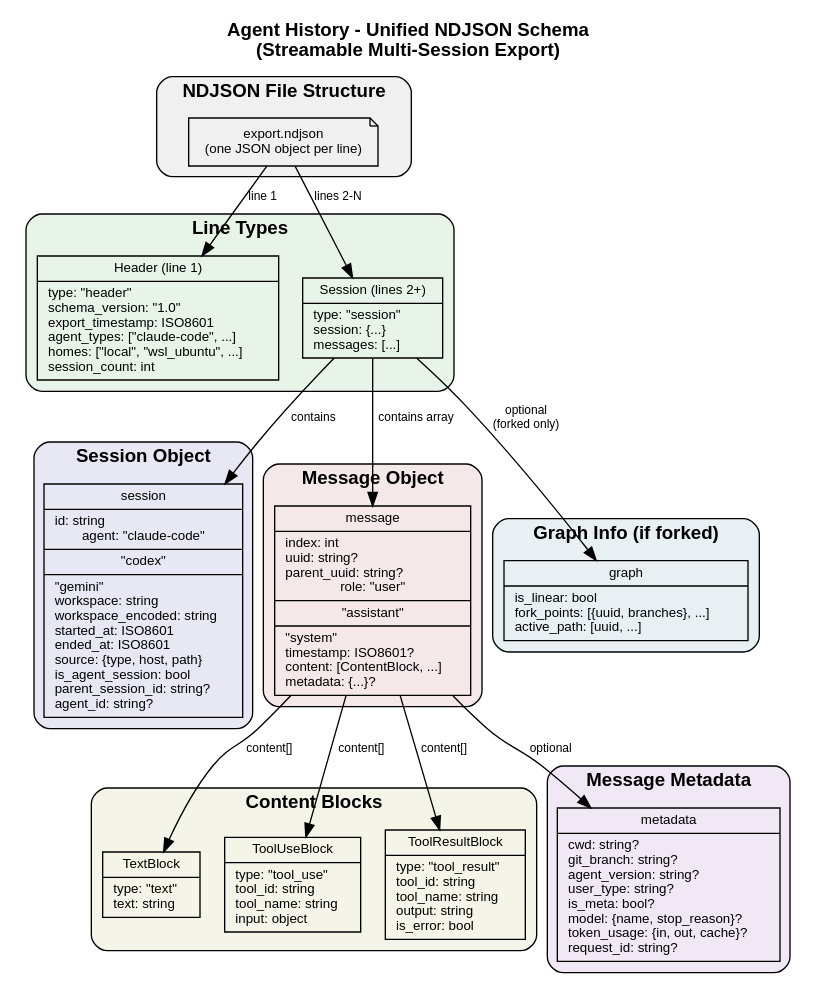
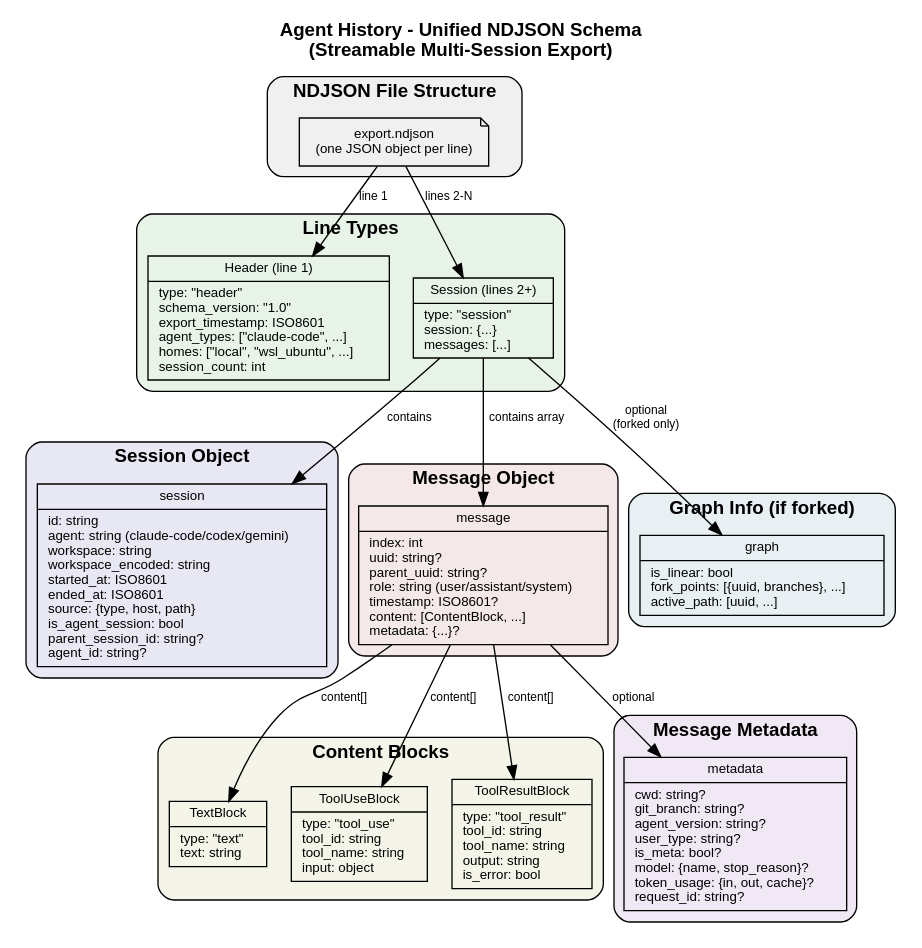
The diagram in docs/unified_json_schema.dot (kvsankar/agent-history), drawn with Graphviz before and after one commit. The commit also changed 1 other file, not shown here.

Commit message:
fix: escape pipe characters in schema diagram
Use slash notation instead of pipe for enum values to avoid
Graphviz field separator interpretation.

🤖 Generated with [Claude Code](https://claude.com/claude-code)

```diff
--- a/docs/unified_json_schema.dot
+++ b/docs/unified_json_schema.dot
@@ -1,94 +1,94 @@
 // Unified JSON Schema for Agent History
 // Render with: dot -Tpng unified_json_schema.dot -o unified_json_schema.png
 
 digraph UnifiedSchema {
     rankdir=TB;
     node [shape=record, fontname="Helvetica", fontsize=10];
     edge [fontname="Helvetica", fontsize=9];
 
     // Title
     labelloc="t";
     label="Agent History - Unified NDJSON Schema\n(Streamable Multi-Session Export)";
     fontsize=14;
     fontname="Helvetica-Bold";
 
     // File structure
     subgraph cluster_file {
         label="NDJSON File Structure";
         style=rounded;
         bgcolor="#f0f0f0";
 
         file [shape=note, label="export.ndjson\n(one JSON object per line)"];
     }
 
     // Line types
     subgraph cluster_lines {
         label="Line Types";
         style=rounded;
         bgcolor="#e8f4e8";
 
         header [label="{Header (line 1)|type: \"header\"\lschema_version: \"1.0\"\lexport_timestamp: ISO8601\lagent_types: [\"claude-code\", ...]\lhomes: [\"local\", \"wsl_ubuntu\", ...]\lsession_count: int\l}"];
 
         session [label="{Session (lines 2+)|type: \"session\"\lsession: \{...\}\lmessages: [...]\l}"];
     }
 
     // Session object
     subgraph cluster_session {
         label="Session Object";
         style=rounded;
         bgcolor="#e8e8f4";
 
-        session_obj [label="{session|id: string\lagent: \"claude-code\" | \"codex\" | \"gemini\"\lworkspace: string\lworkspace_encoded: string\lstarted_at: ISO8601\lended_at: ISO8601\lsource: \{type, host, path\}\lis_agent_session: bool\lparent_session_id: string?\lagent_id: string?\l}"];
+        session_obj [label="{session|id: string\lagent: string (claude-code/codex/gemini)\lworkspace: string\lworkspace_encoded: string\lstarted_at: ISO8601\lended_at: ISO8601\lsource: \{type, host, path\}\lis_agent_session: bool\lparent_session_id: string?\lagent_id: string?\l}"];
     }
 
     // Message object
     subgraph cluster_message {
         label="Message Object";
         style=rounded;
         bgcolor="#f4e8e8";
 
-        message [label="{message|index: int\luuid: string?\lparent_uuid: string?\lrole: \"user\" | \"assistant\" | \"system\"\ltimestamp: ISO8601?\lcontent: [ContentBlock, ...]\lmetadata: \{...\}?\l}"];
+        message [label="{message|index: int\luuid: string?\lparent_uuid: string?\lrole: string (user/assistant/system)\ltimestamp: ISO8601?\lcontent: [ContentBlock, ...]\lmetadata: \{...\}?\l}"];
     }
 
     // Content blocks
     subgraph cluster_content {
         label="Content Blocks";
         style=rounded;
         bgcolor="#f4f4e8";
 
         text_block [label="{TextBlock|type: \"text\"\ltext: string\l}"];
 
         tool_use [label="{ToolUseBlock|type: \"tool_use\"\ltool_id: string\ltool_name: string\linput: object\l}"];
 
         tool_result [label="{ToolResultBlock|type: \"tool_result\"\ltool_id: string\ltool_name: string\loutput: string\lis_error: bool\l}"];
     }
 
     // Metadata
     subgraph cluster_metadata {
         label="Message Metadata";
         style=rounded;
         bgcolor="#f0e8f4";
 
         metadata [label="{metadata|cwd: string?\lgit_branch: string?\lagent_version: string?\luser_type: string?\lis_meta: bool?\lmodel: \{name, stop_reason\}?\ltoken_usage: \{in, out, cache\}?\lrequest_id: string?\l}"];
     }
 
     // Graph info (optional)
     subgraph cluster_graph {
         label="Graph Info (if forked)";
         style=rounded;
         bgcolor="#e8f0f4";
 
         graph_info [label="{graph|is_linear: bool\lfork_points: [\{uuid, branches\}, ...]\lactive_path: [uuid, ...]\l}"];
     }
 
     // Relationships
     file -> header [label="line 1"];
     file -> session [label="lines 2-N"];
     session -> session_obj [label="contains"];
     session -> message [label="contains array"];
     message -> text_block [label="content[]"];
     message -> tool_use [label="content[]"];
     message -> tool_result [label="content[]"];
     message -> metadata [label="optional"];
     session -> graph_info [label="optional\n(forked only)"];
 }
```
